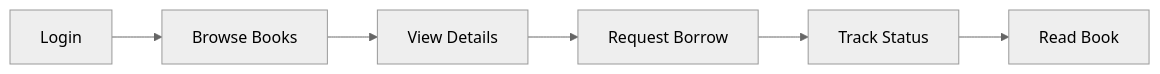
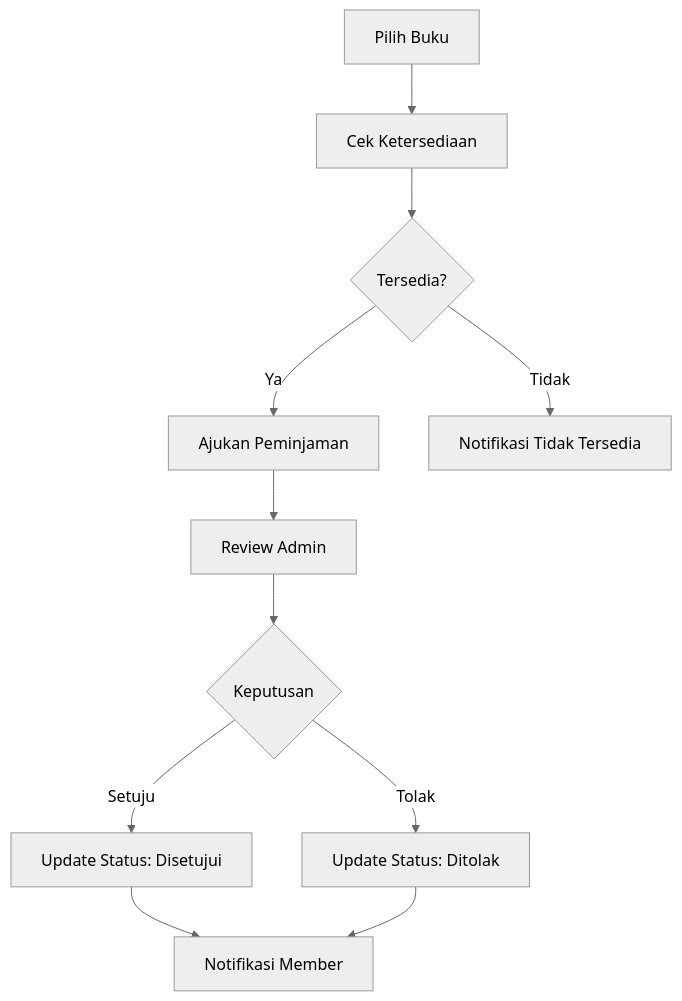
One commit to bimapopo345/Perpustakaan-Bldsp changed the fourth of 4 diagrams in productContext.md. Above: the diagram before and after it, drawn with Mermaid (neutral theme). The commit also changed other lines of this file and 4 other files, not shown here.

````diff
--- a/productContext.md
+++ b/productContext.md
@@ -66,8 +113,13 @@
 ```mermaid
-graph LR
-    A[Login] --> B[Browse Books]
-    B --> C[View Details]
-    C --> D[Request Borrow]
-    D --> E[Track Status]
-    E --> F[Read Book]
+graph TD
+    A[Pilih Buku] --> B[Cek Ketersediaan]
+    B --> C{Tersedia?}
+    C -->|Ya| D[Ajukan Peminjaman]
+    C -->|Tidak| E[Notifikasi Tidak Tersedia]
+    D --> F[Review Admin]
+    F --> G{Keputusan}
+    G -->|Setuju| H[Update Status: Disetujui]
+    G -->|Tolak| I[Update Status: Ditolak]
+    H --> J[Notifikasi Member]
+    I --> J
 ```
````
